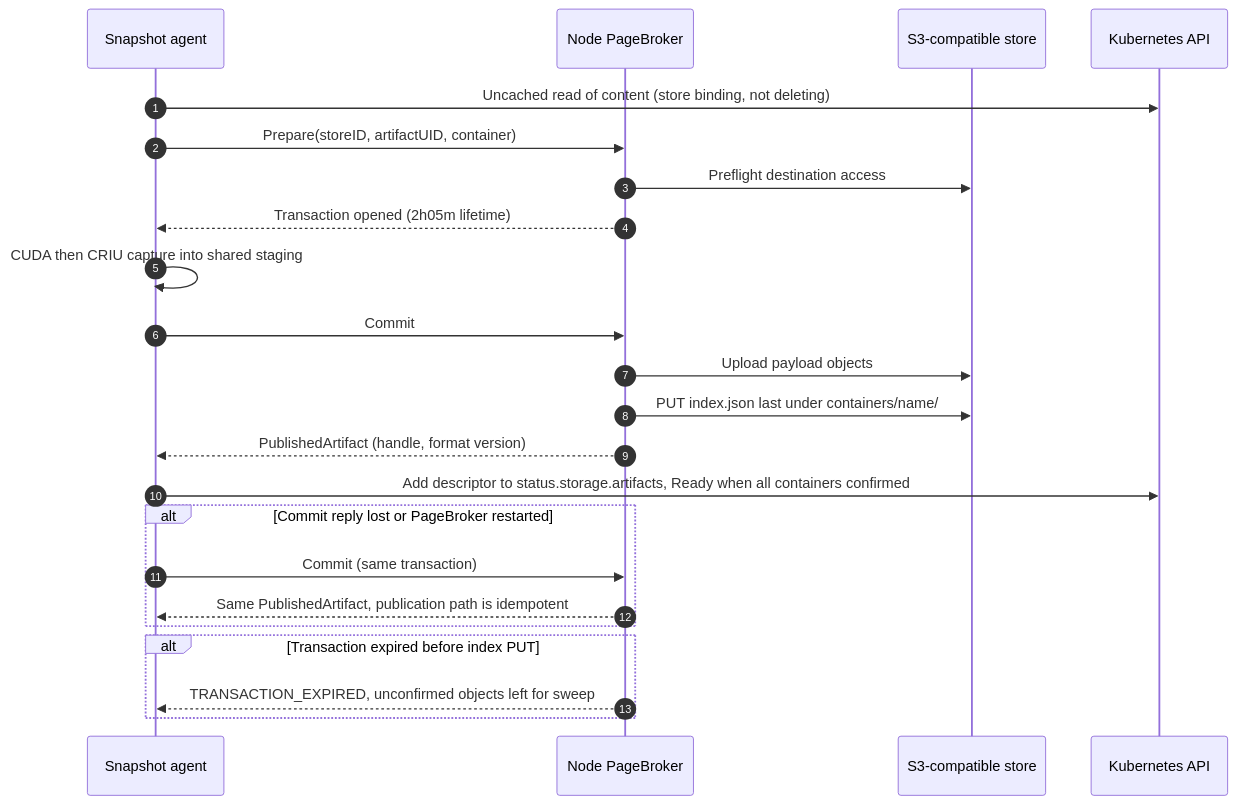
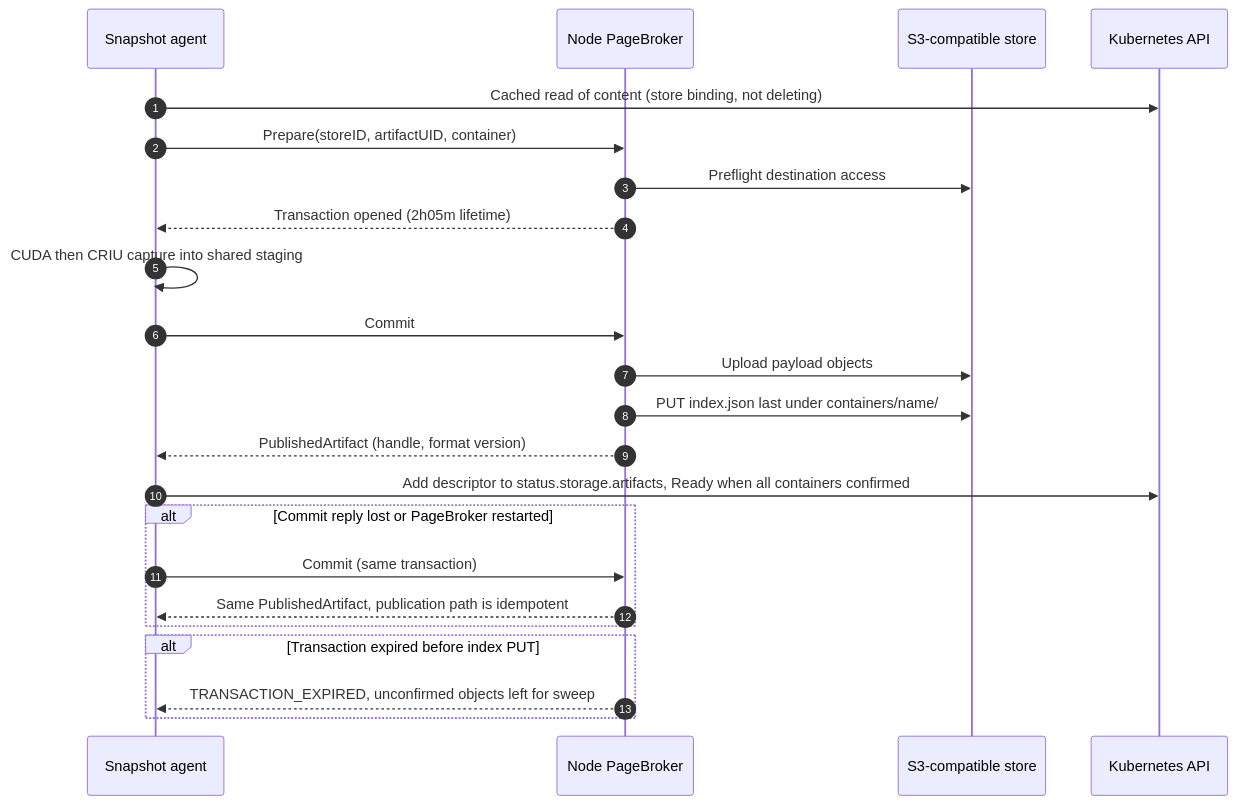
Before and after one commit to AlanFokCo/snapshot: the second of 4 diagrams in docs/proposals/237-s3-storage/README.md, drawn with Mermaid. The commit also changed other lines of this file, not shown here.

First line of the commit message:
docs(SNEP-237): serve the agent's pre-capture content read from the informer cache

````diff
--- a/docs/proposals/237-s3-storage/README.md
+++ b/docs/proposals/237-s3-storage/README.md
@@ -119,25 +121,25 @@
 ```mermaid
 sequenceDiagram
     autonumber
     participant Agent as Snapshot agent
     participant PB as Node PageBroker
     participant S3 as S3-compatible store
     participant API as Kubernetes API
-    Agent->>API: Uncached read of content (store binding, not deleting)
+    Agent->>API: Cached read of content (store binding, not deleting)
     Agent->>PB: Prepare(storeID, artifactUID, container)
     PB->>S3: Preflight destination access
     PB-->>Agent: Transaction opened (2h05m lifetime)
     Agent->>Agent: CUDA then CRIU capture into shared staging
     Agent->>PB: Commit
     PB->>S3: Upload payload objects
     PB->>S3: PUT index.json last under containers/name/
     PB-->>Agent: PublishedArtifact (handle, format version)
     Agent->>API: Add descriptor to status.storage.artifacts, Ready when all containers confirmed
     alt Commit reply lost or PageBroker restarted
         Agent->>PB: Commit (same transaction)
         PB-->>Agent: Same PublishedArtifact, publication path is idempotent
     end
     alt Transaction expired before index PUT
         PB-->>Agent: TRANSACTION_EXPIRED, unconfirmed objects left for sweep
     end
 ```
````
